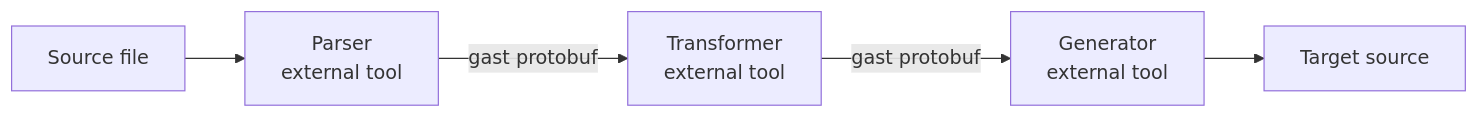
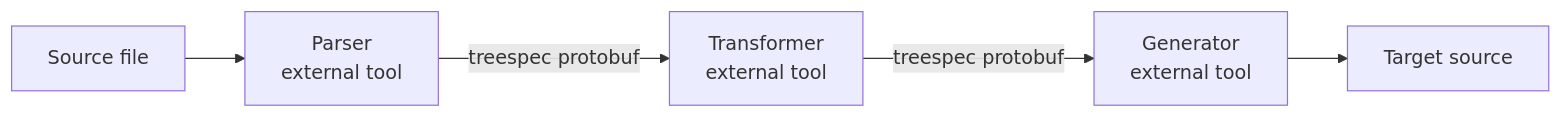
One commit to UnstoppableMango/gast changed the first of 6 diagrams in docs/USE-CASES.md. Above: the diagram before and after it, drawn with Mermaid. The commit also changed other lines of this file and 15 other files, not shown here.

````diff
--- a/docs/USE-CASES.md
+++ b/docs/USE-CASES.md
@@ -20,7 +20,7 @@
 ```mermaid
 flowchart LR
     src[Source file] --> P[Parser\nexternal tool]
-    P -->|gast protobuf| T[Transformer\nexternal tool]
-    T -->|gast protobuf| G[Generator\nexternal tool]
+    P -->|treespec protobuf| T[Transformer\nexternal tool]
+    T -->|treespec protobuf| G[Generator\nexternal tool]
     G --> out[Target source]
 ```
````
